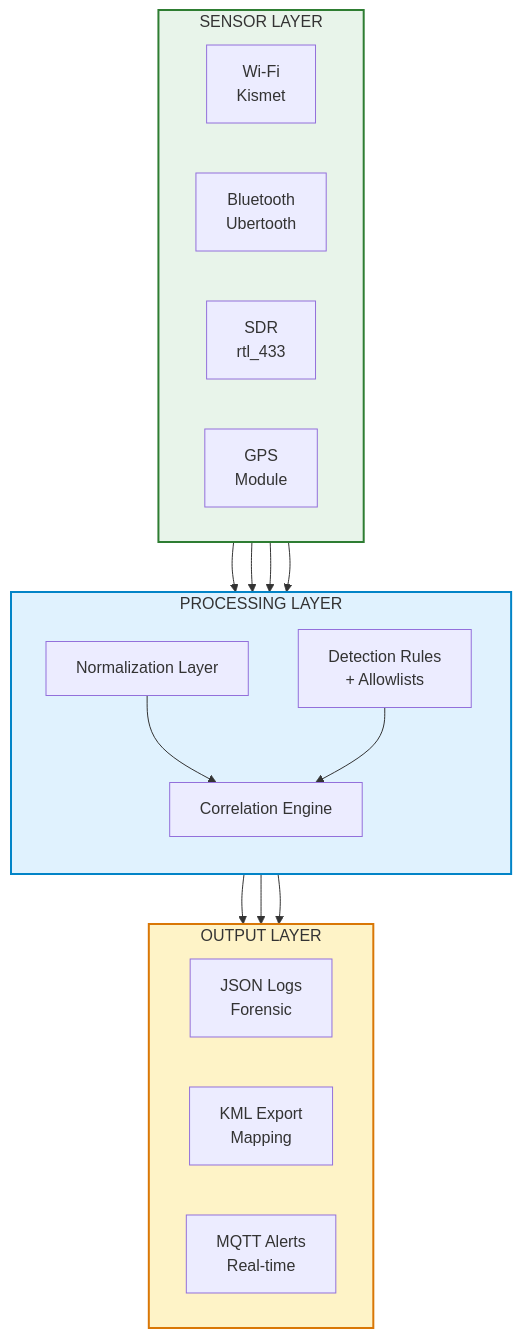
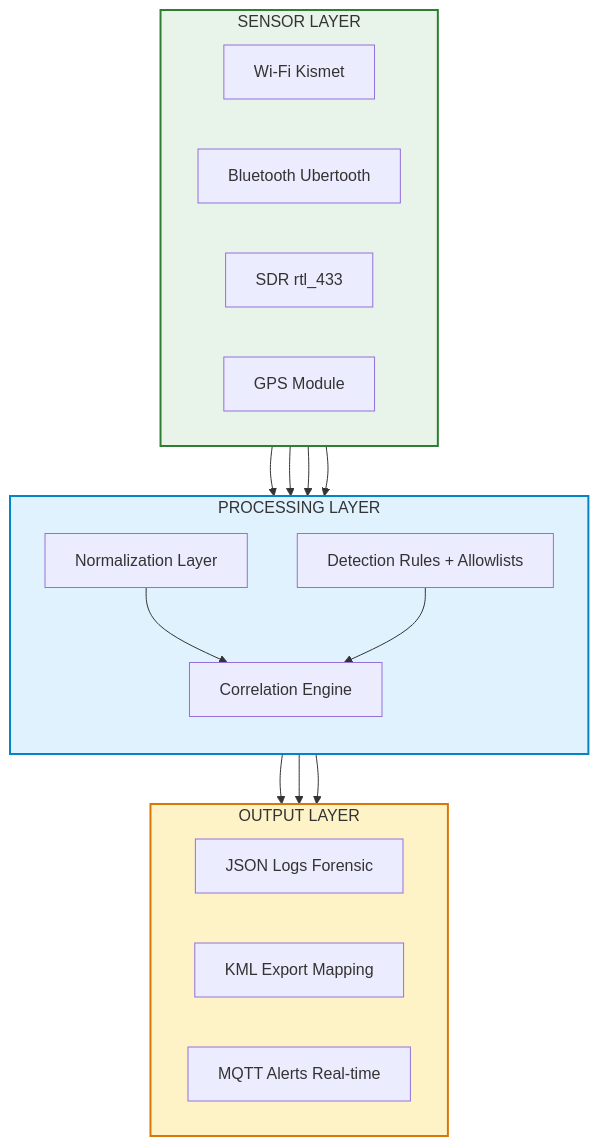
One commit to Pharns/portfolio changed the third of 3 diagrams in docs/cybersecurity/tracelock.md. Above: the diagram before and after it, drawn with Mermaid. The commit also changed other lines of this file and 3 other files, not shown here.

````diff
--- a/docs/cybersecurity/tracelock.md
+++ b/docs/cybersecurity/tracelock.md
@@ -273,33 +279,38 @@
 ```mermaid
 flowchart TB
-    subgraph SENSORS[SENSOR LAYER]
+    subgraph SENSORS["SENSOR LAYER"]
         direction LR
-        W[Wi-Fi<br/>Kismet]
-        B[Bluetooth<br/>Ubertooth]
-        S[SDR<br/>rtl_433]
-        G[GPS<br/>Module]
+        W["Wi-Fi Kismet"]
+        B["Bluetooth Ubertooth"]
+        S["SDR rtl_433"]
+        G["GPS Module"]
     end
 
-    subgraph PROCESSING[PROCESSING LAYER]
+    subgraph PROCESSING["PROCESSING LAYER"]
         direction TB
-        N[Normalization Layer]
-        C[Correlation Engine]
-        R[Detection Rules<br/>+ Allowlists]
+        N["Normalization Layer"]
+        C["Correlation Engine"]
+        R["Detection Rules + Allowlists"]
     end
 
-    subgraph OUTPUT[OUTPUT LAYER]
+    subgraph OUTPUT["OUTPUT LAYER"]
         direction LR
-        J[JSON Logs<br/>Forensic]
-        K[KML Export<br/>Mapping]
-        M[MQTT Alerts<br/>Real-time]
+        J["JSON Logs Forensic"]
+        K["KML Export Mapping"]
+        M["MQTT Alerts Real-time"]
     end
 
-    W & B & S & G --> N
+    W --> N
+    B --> N
+    S --> N
+    G --> N
     N --> C
     R --> C
-    C --> J & K & M
+    C --> J
+    C --> K
+    C --> M
 
     style SENSORS fill:#e8f4ea,stroke:#2e7d32,stroke-width:2px
     style PROCESSING fill:#e0f2fe,stroke:#0284c7,stroke-width:2px
     style OUTPUT fill:#fef3c7,stroke:#d97706,stroke-width:2px
 ```
````
